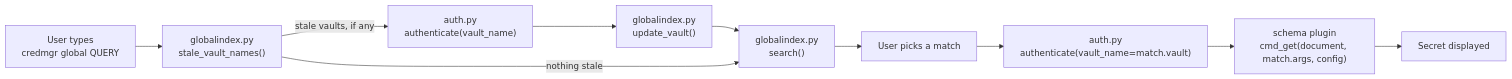
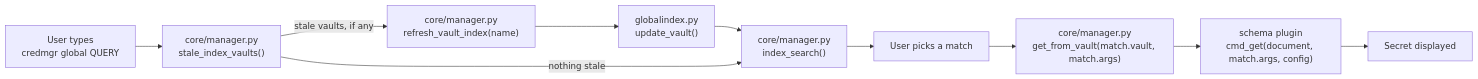
One commit to Veerabadran-M/credential-manager changed the third of 3 diagrams in docs/architecture.md. Above: the diagram before and after it, drawn with Mermaid. The commit also changed other lines of this file and 35 other files, not shown here.

Commit message:
refactor: clean up project architecture and documentation

````diff
--- a/docs/architecture.md
+++ b/docs/architecture.md
@@ -165,12 +236,12 @@
 ```mermaid
 flowchart LR
-    A[User types<br/>credmgr global QUERY] --> B["globalindex.py<br/>stale_vault_names()"]
-    B -->|stale vaults, if any| C["auth.py<br/>authenticate(vault_name)"]
+    A[User types<br/>credmgr global QUERY] --> B["core/manager.py<br/>stale_index_vaults()"]
+    B -->|stale vaults, if any| C["core/manager.py<br/>refresh_vault_index(name)"]
     C --> D["globalindex.py<br/>update_vault()"]
-    D --> E["globalindex.py<br/>search()"]
+    D --> E["core/manager.py<br/>index_search()"]
     B -->|nothing stale| E
     E --> F[User picks a match]
-    F --> G["auth.py<br/>authenticate(vault_name=match.vault)"]
+    F --> G["core/manager.py<br/>get_from_vault(match.vault, match.args)"]
     G --> H["schema plugin<br/>cmd_get(document, match.args, config)"]
     H --> I[Secret displayed]
 ```
````
